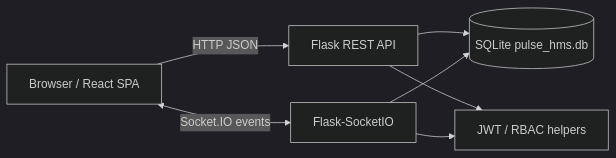
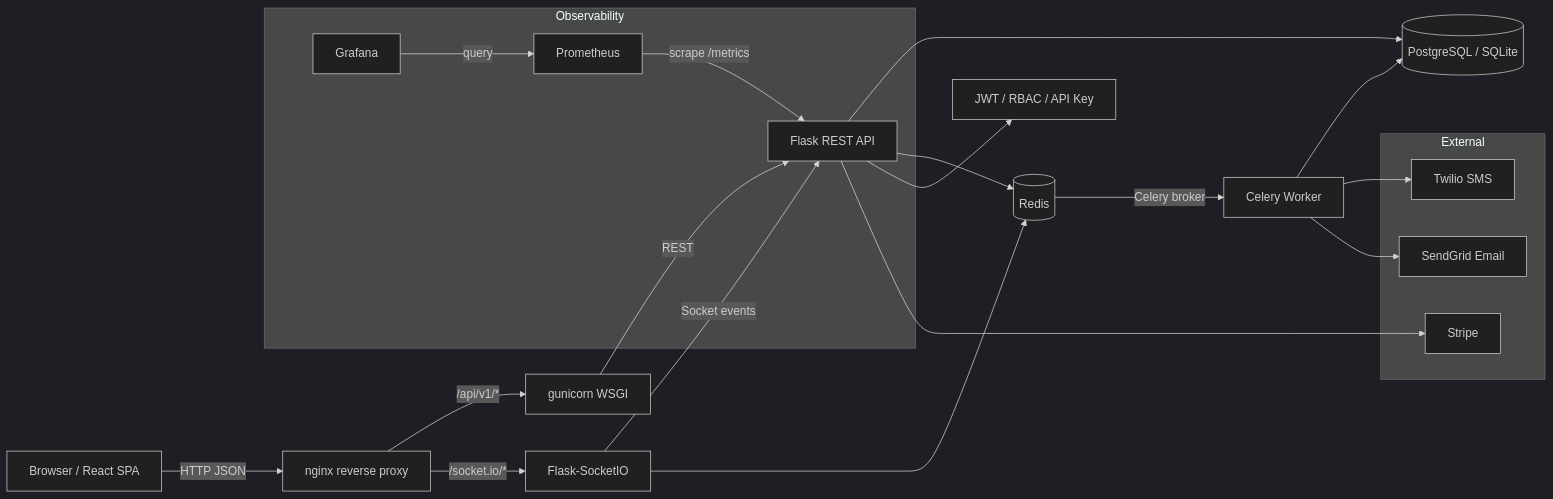
Before and after one commit to eklavyamathur9/pulse-hms-platform: the first of 10 diagrams in docs/architecture.md, drawn with Mermaid (dark theme). The commit also changed other lines of this file and 10 other files, not shown here.

````diff
--- a/docs/architecture.md
+++ b/docs/architecture.md
@@ -11,9 +11,29 @@
 ```mermaid
 flowchart LR
-  Browser[Browser / React SPA] -->|HTTP JSON| API[Flask REST API]
-  Browser <-->|Socket.IO events| Socket[Flask-SocketIO]
-  API --> DB[(SQLite pulse_hms.db)]
-  Socket --> DB
-  API --> Auth[JWT / RBAC helpers]
-  Socket --> Auth
+  Browser[Browser / React SPA] -->|HTTP JSON| Nginx[nginx reverse proxy]
+  Nginx -->|/api/v1/*| Gunicorn[gunicorn WSGI]
+  Nginx -->|/socket.io/*| SocketIO[Flask-SocketIO]
+  Gunicorn -->|REST| API[Flask REST API]
+  SocketIO -->|Socket events| API
+  API --> DB[(PostgreSQL / SQLite)]
+  API --> Redis[(Redis)]
+  API --> Auth[JWT / RBAC / API Key]
+  SocketIO --> Redis
+  Redis -->|Celery broker| Celery[Celery Worker]
+  Celery --> DB
+
+  subgraph Observability
+    Prometheus[Prometheus] -->|scrape /metrics| API
+    Grafana[Grafana] -->|query| Prometheus
+  end
+
+  subgraph External
+    Stripe[Stripe]
+    Twilio[Twilio SMS]
+    SendGrid[SendGrid Email]
+  end
+
+  API --> Stripe
+  Celery --> Twilio
+  Celery --> SendGrid
 ```
````
